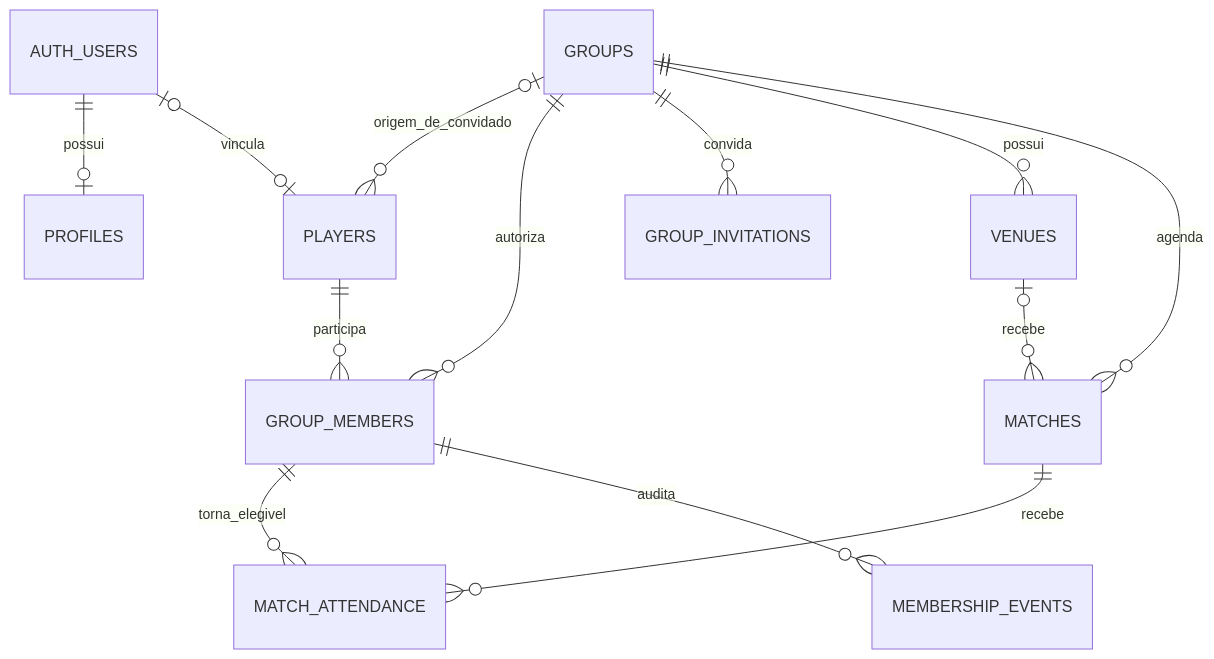
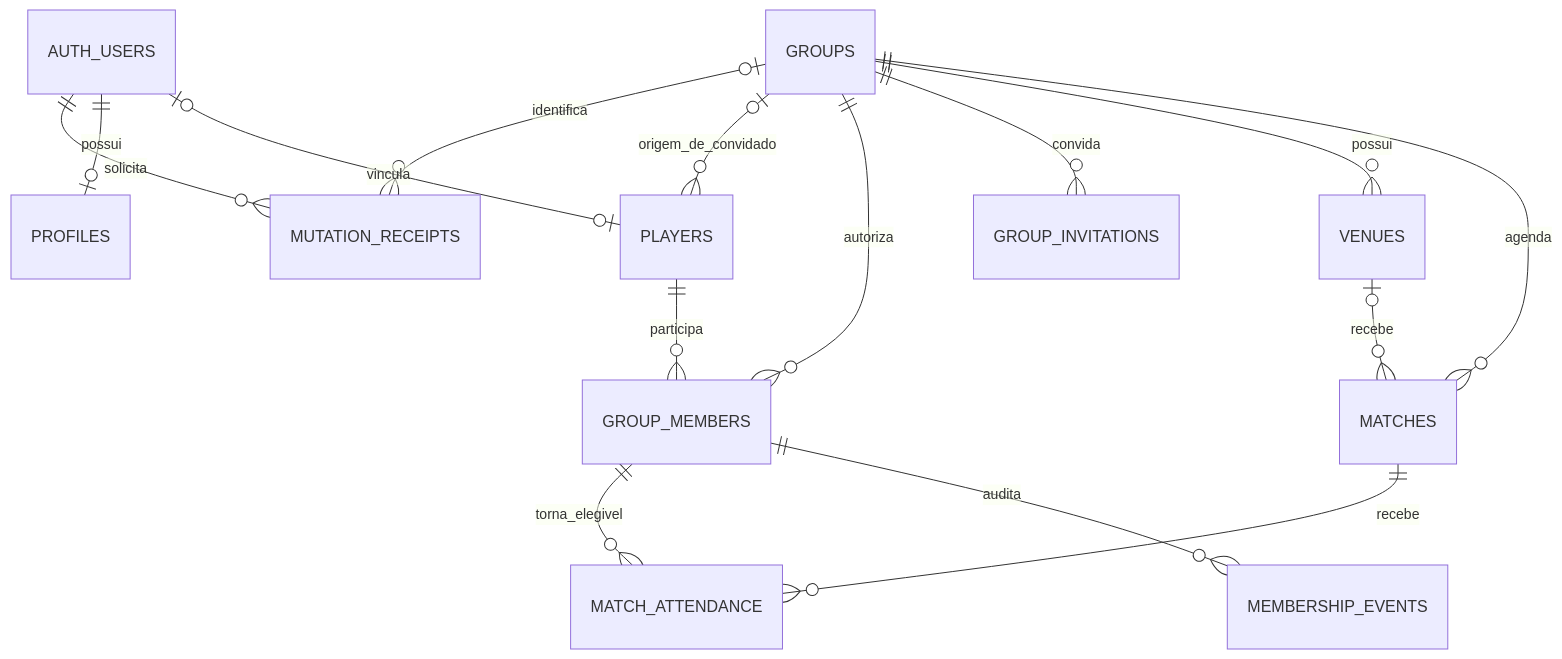
Before and after one commit to renaribeiro24/aplicativo-futebol: the diagram in docs/DATABASE.md, drawn with Mermaid. The commit also changed other lines of this file and 48 other files, not shown here.

````diff
--- a/docs/DATABASE.md
+++ b/docs/DATABASE.md
@@ -24,15 +24,17 @@
 ```mermaid
 erDiagram
+  AUTH_USERS ||--o{ MUTATION_RECEIPTS : solicita
+  GROUPS o|--o{ MUTATION_RECEIPTS : identifica
   AUTH_USERS ||--o| PROFILES : possui
   AUTH_USERS o|--o| PLAYERS : vincula
   GROUPS o|--o{ PLAYERS : origem_de_convidado
   PLAYERS ||--o{ GROUP_MEMBERS : participa
   GROUPS ||--o{ GROUP_MEMBERS : autoriza
   GROUPS ||--o{ GROUP_INVITATIONS : convida
   GROUPS ||--o{ VENUES : possui
   GROUPS ||--o{ MATCHES : agenda
   VENUES o|--o{ MATCHES : recebe
   MATCHES ||--o{ MATCH_ATTENDANCE : recebe
   GROUP_MEMBERS ||--o{ MATCH_ATTENDANCE : torna_elegivel
   GROUP_MEMBERS ||--o{ MEMBERSHIP_EVENTS : audita
 ```
````
